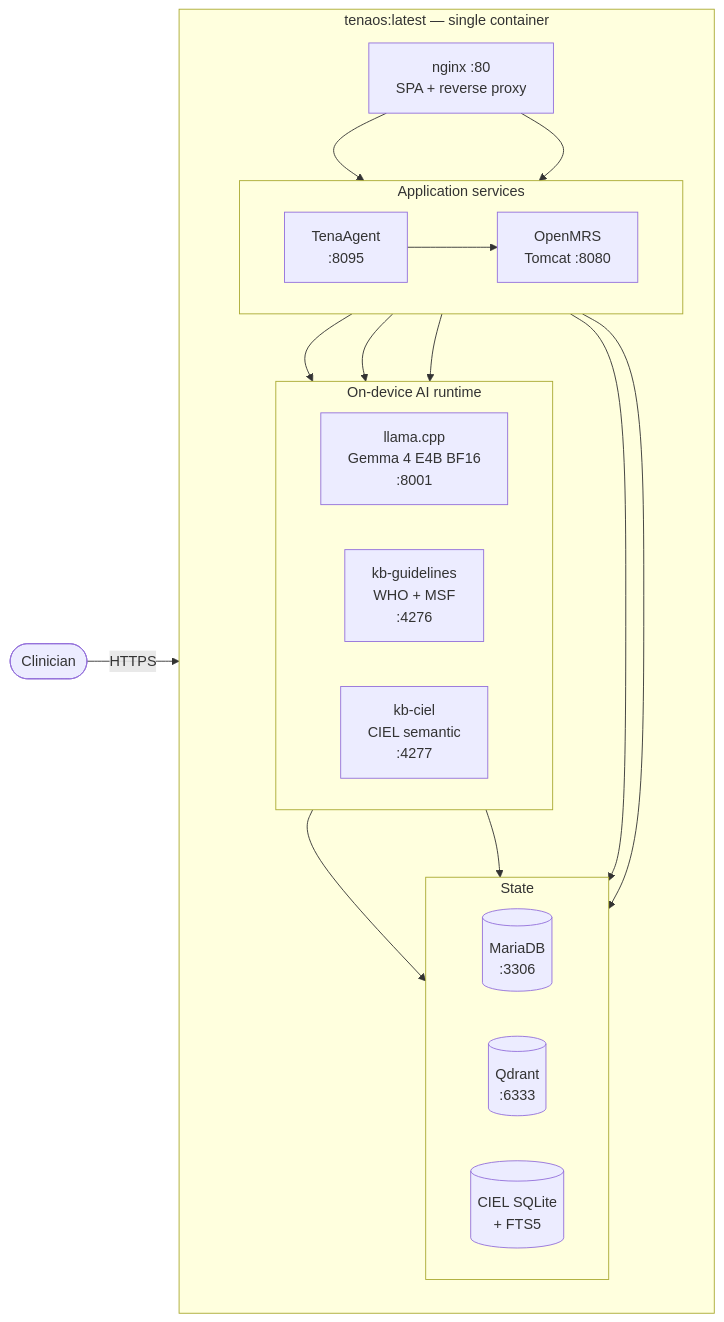
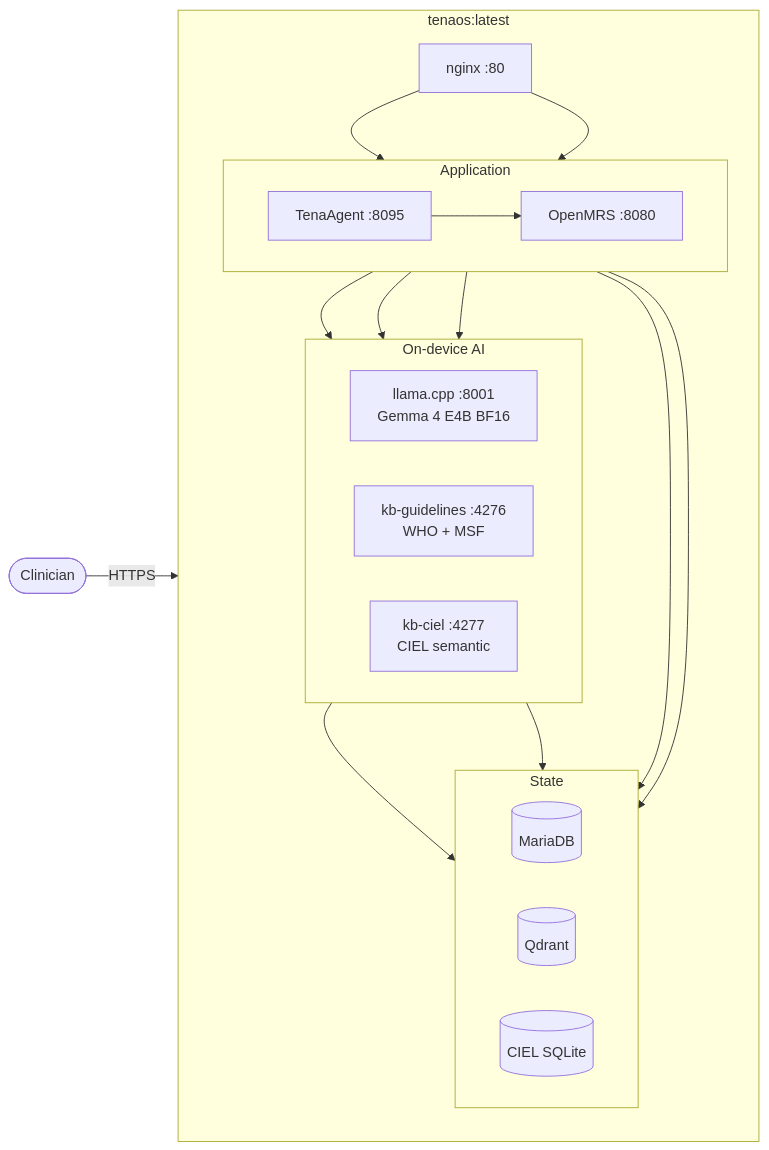
The diagram in README.md (brookyale0512/TenaOS), drawn with Mermaid before and after one commit. The commit also changed other lines of this file, not shown here.

````diff
--- a/README.md
+++ b/README.md
@@ -90,43 +32,42 @@
 ```mermaid
 flowchart LR
     Clinician(["Clinician"])
 
-    subgraph Container ["tenaos:latest — single container"]
+    subgraph Container ["tenaos:latest"]
         direction TB
+        Nginx["nginx :80"]
 
-        Nginx["nginx :80<br/>SPA + reverse proxy"]
-
-        subgraph AppRow ["Application services"]
+        subgraph App ["Application"]
             direction LR
-            Agent["TenaAgent<br/>:8095"]
-            OMRS["OpenMRS<br/>Tomcat :8080"]
+            Agent["TenaAgent :8095"]
+            OMRS["OpenMRS :8080"]
         end
 
-        subgraph AIRow ["On-device AI runtime"]
+        subgraph AI ["On-device AI"]
             direction LR
-            LLM["llama.cpp<br/>Gemma 4 E4B BF16<br/>:8001"]
-            KBG["kb-guidelines<br/>WHO + MSF<br/>:4276"]
-            KBC["kb-ciel<br/>CIEL semantic<br/>:4277"]
+            LLM["llama.cpp :8001<br/>Gemma 4 E4B BF16"]
+            KBG["kb-guidelines :4276<br/>WHO + MSF"]
+            KBC["kb-ciel :4277<br/>CIEL semantic"]
         end
 
-        subgraph DataRow ["State"]
+        subgraph Data ["State"]
             direction LR
-            DB[("MariaDB<br/>:3306")]
-            QD[("Qdrant<br/>:6333")]
-            CIEL[("CIEL SQLite<br/>+ FTS5")]
+            DB[("MariaDB")]
+            QD[("Qdrant")]
+            CIEL[("CIEL SQLite")]
         end
 
         Nginx --> Agent
         Nginx --> OMRS
         Agent --> OMRS
         Agent --> LLM
         Agent --> KBG
         Agent --> KBC
         Agent --> CIEL
         OMRS --> DB
         KBG --> QD
         KBC --> QD
     end
 
     Clinician -->|"HTTPS"| Nginx
 ```
````
